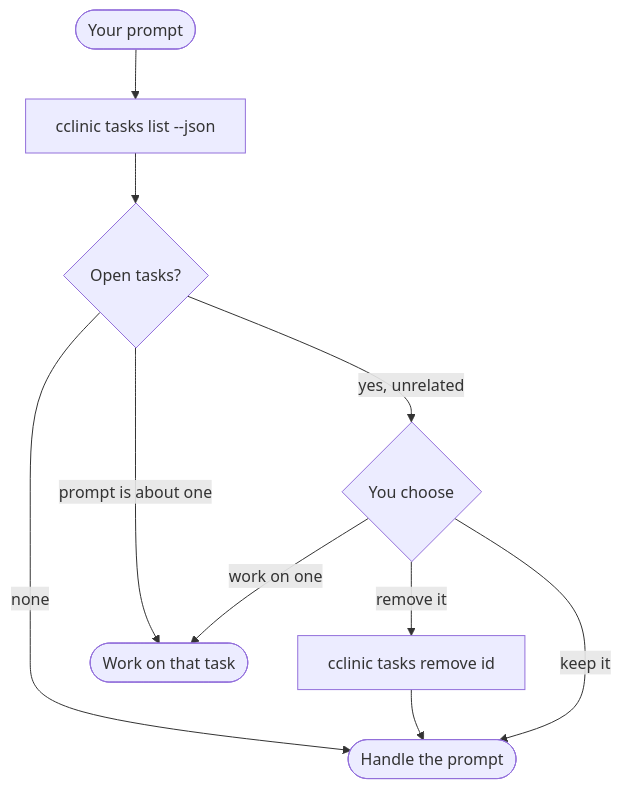
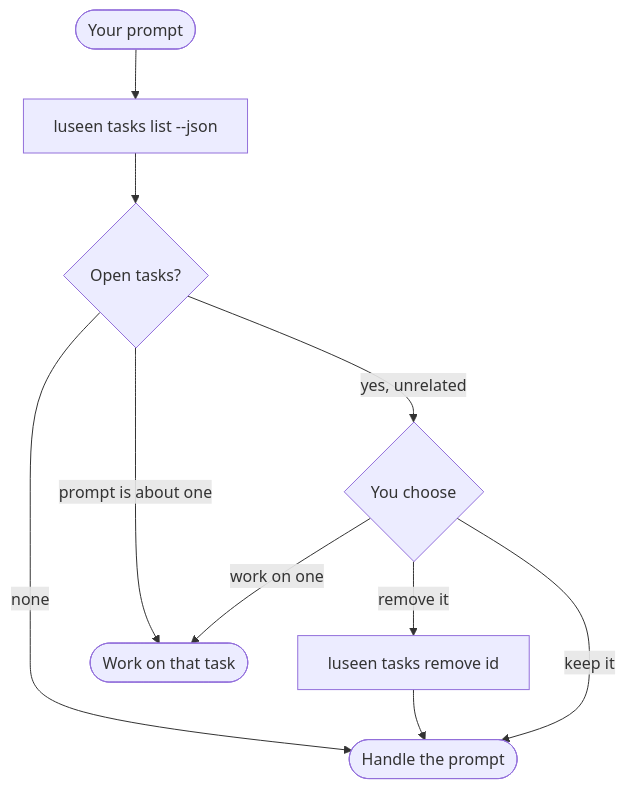
Before and after one commit to Hayko97/cclinic: the fifth of 5 diagrams in PLANNING_FLOW.md, drawn with Mermaid. The commit also changed other lines of this file and 311 other files, not shown here.

````diff
--- a/PLANNING_FLOW.md
+++ b/PLANNING_FLOW.md
@@ -152,11 +152,11 @@
 ```mermaid
 flowchart TD
-    P([Your prompt]) --> L[cclinic tasks list --json]
+    P([Your prompt]) --> L[luseen tasks list --json]
     L --> E{Open tasks?}
     E -- none --> Go([Handle the prompt])
     E -- prompt is about one --> Work([Work on that task])
     E -- yes, unrelated --> Ch{You choose}
     Ch -- work on one --> Work
-    Ch -- remove it --> Rm[cclinic tasks remove id] --> Go
+    Ch -- remove it --> Rm[luseen tasks remove id] --> Go
     Ch -- keep it --> Go
 ```
````
